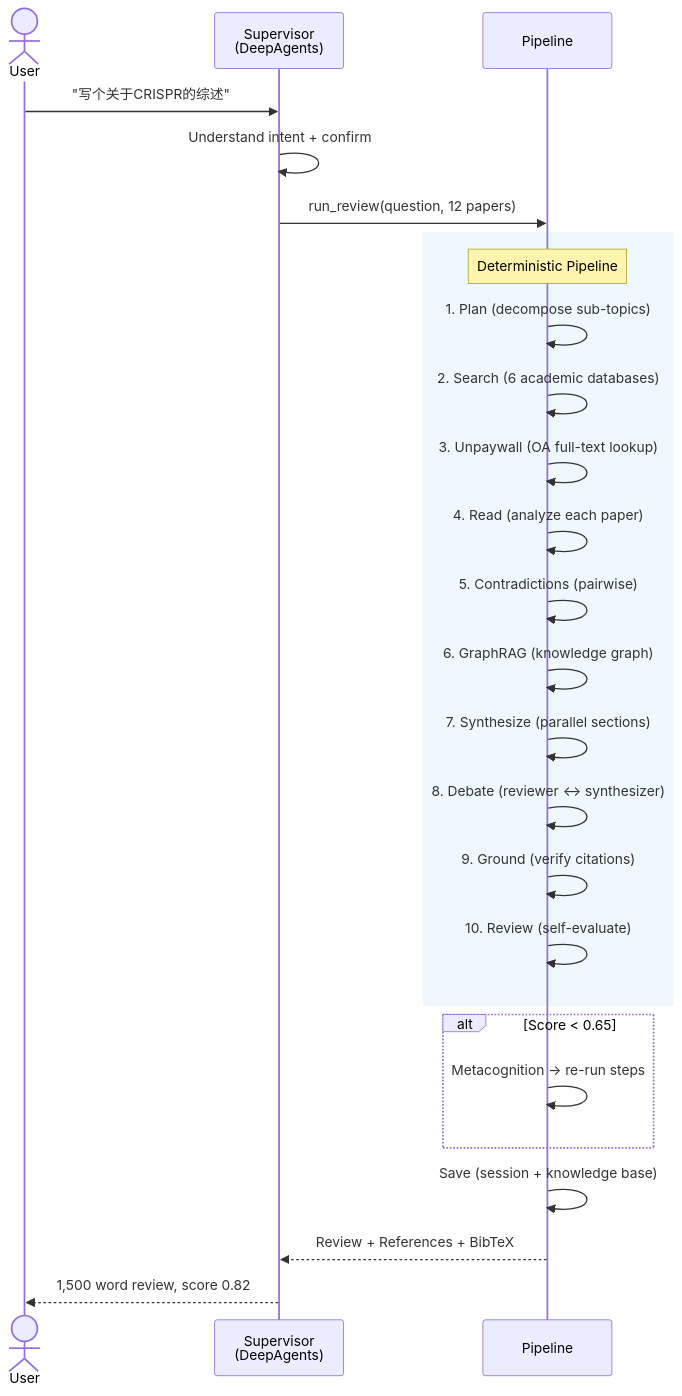
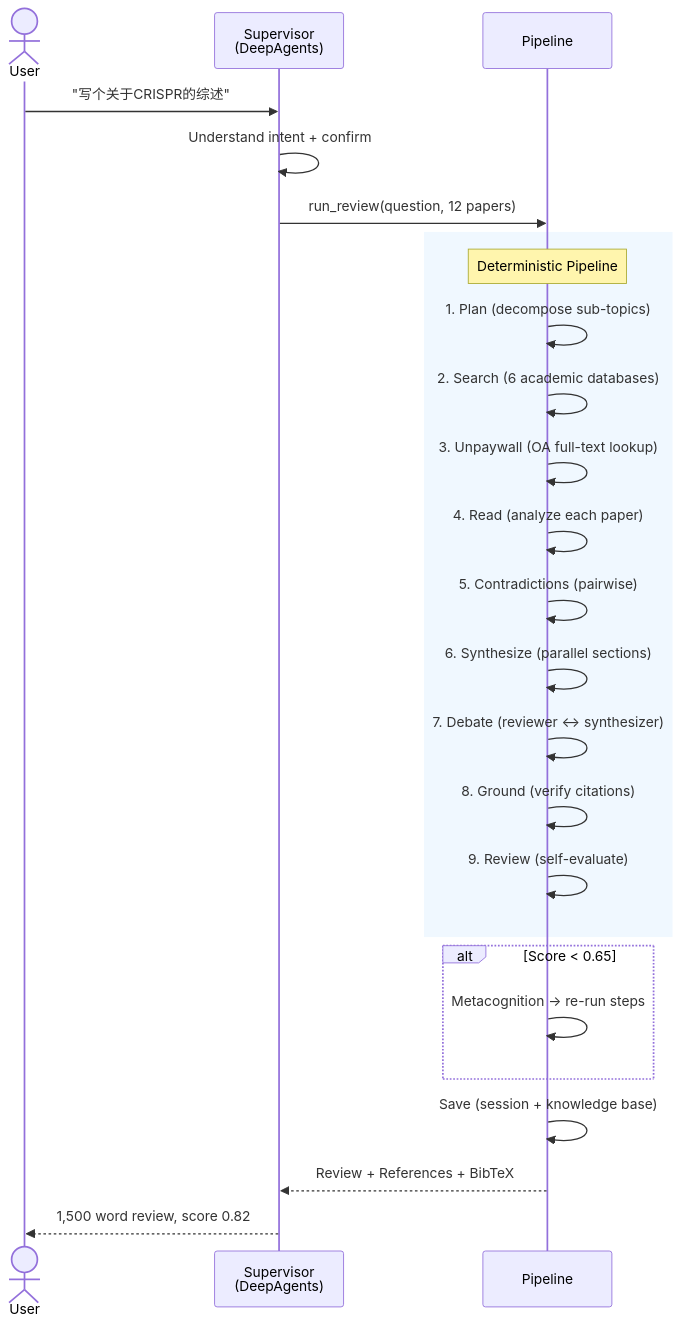
One commit to arnold117/LitScribe changed the first of 3 diagrams in README.md. Above: the diagram before and after it, drawn with Mermaid. The commit also changed other lines of this file, not shown here.

First line of the commit message:
docs: update README for v4 workbench — frontend, skeleton-first flow, multi-model, templates, skills

````diff
--- a/README.md
+++ b/README.md
@@ -79,32 +106,31 @@
 ```mermaid
 sequenceDiagram
     actor User
     participant S as Supervisor<br/>(DeepAgents)
     participant P as Pipeline
 
     User->>S: "写个关于CRISPR的综述"
     S->>S: Understand intent + confirm
     S->>P: run_review(question, 12 papers)
 
     rect rgb(240, 248, 255)
         Note over P: Deterministic Pipeline
         P->>P: 1. Plan (decompose sub-topics)
         P->>P: 2. Search (6 academic databases)
         P->>P: 3. Unpaywall (OA full-text lookup)
         P->>P: 4. Read (analyze each paper)
         P->>P: 5. Contradictions (pairwise)
-        P->>P: 6. GraphRAG (knowledge graph)
-        P->>P: 7. Synthesize (parallel sections)
-        P->>P: 8. Debate (reviewer ↔ synthesizer)
-        P->>P: 9. Ground (verify citations)
-        P->>P: 10. Review (self-evaluate)
+        P->>P: 6. Synthesize (parallel sections)
+        P->>P: 7. Debate (reviewer ↔ synthesizer)
+        P->>P: 8. Ground (verify citations)
+        P->>P: 9. Review (self-evaluate)
     end
 
     alt Score < 0.65
         P->>P: Metacognition → re-run steps
     end
 
     P->>P: Save (session + knowledge base)
     P-->>S: Review + References + BibTeX
     S-->>User: 1,500 word review, score 0.82
 ```
````
